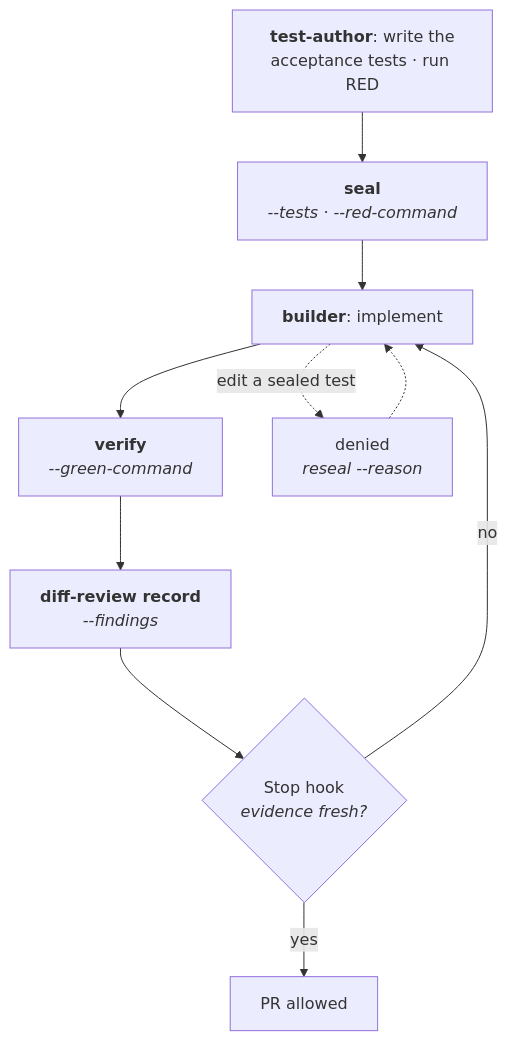
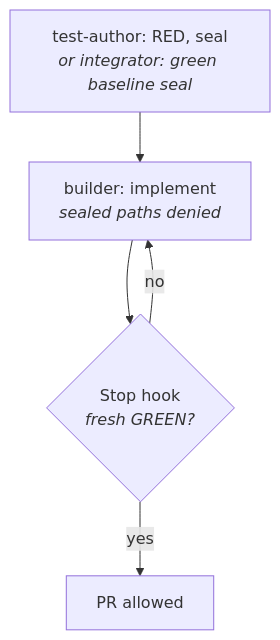
The second of 2 diagrams in README.md (anvil008/nova), drawn with Mermaid before and after one commit. The commit also changed other lines of this file and 2 other files, not shown here.

````diff
--- a/README.md
+++ b/README.md
@@ -339,16 +133,11 @@
 ```mermaid
 flowchart TB
-    Red["<b>test-author</b>: write the<br/>acceptance tests · run RED"]
-    Seal["<b>seal</b><br/><i>--tests · --red-command</i>"]
-    Impl["<b>builder</b>: implement"]
-    Verify["<b>verify</b><br/><i>--green-command</i>"]
-    Review["<b>diff-review record</b><br/><i>--findings</i>"]
-    Stop{"Stop hook<br/><i>evidence fresh?</i>"}
+    TA["test-author: RED, seal<br/><i>or integrator: green baseline seal</i>"]
+    B["builder: implement<br/><i>sealed paths denied</i>"]
+    Stop{"Stop hook<br/><i>fresh GREEN?</i>"}
     PR["PR allowed"]
 
-    Red --> Seal --> Impl --> Verify --> Review --> Stop
+    TA --> B --> Stop
+    Stop -->|no| B
     Stop -->|yes| PR
-    Stop -->|no| Impl
-    Impl -.->|"edit a sealed test"| Denied["denied<br/><i>reseal --reason</i>"]
-    Denied -.-> Impl
 ```
````
